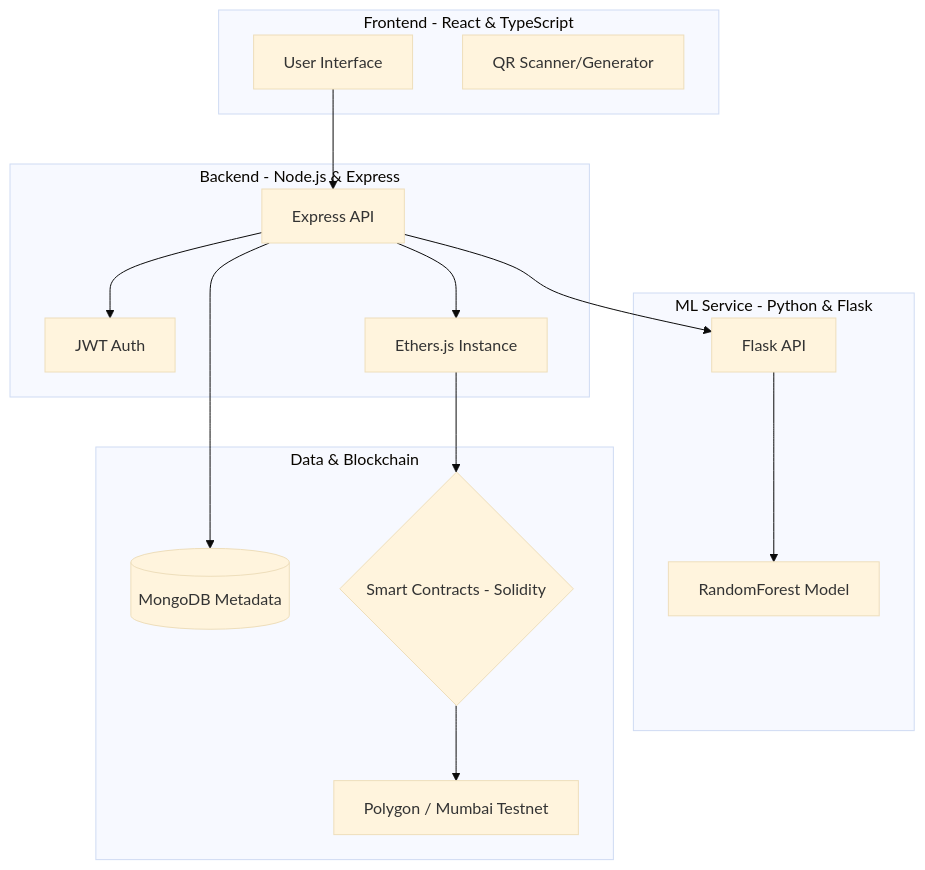
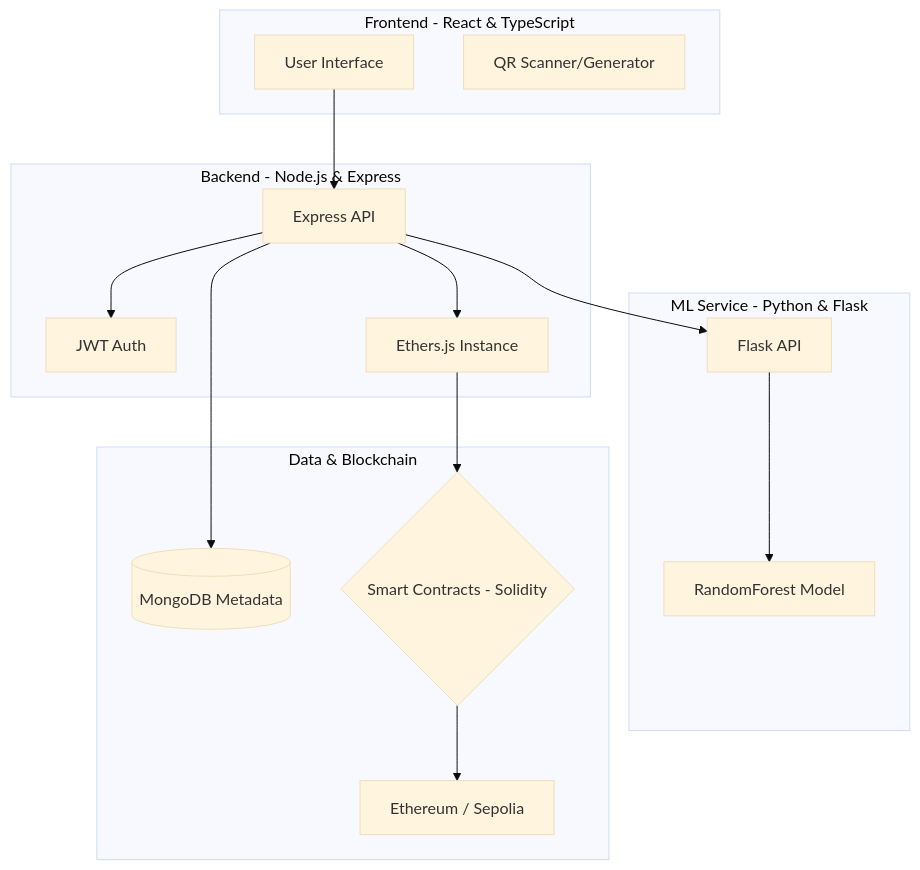
The first of 2 diagrams in README.md (Nitya-003/CropChain), drawn with Mermaid (base theme) before and after one commit. The commit also changed other lines of this file and 10 other files, not shown here.

````diff
--- a/README.md
+++ b/README.md
@@ -324,33 +327,33 @@
 ```mermaid
 graph TD
     subgraph Client_Layer [Frontend - React & TypeScript]
         UI[User Interface]
         QR[QR Scanner/Generator]
     end
 
     subgraph Logic_Layer [Backend - Node.js & Express]
         API[Express API]
         JWT[JWT Auth]
         ETH[Ethers.js Instance]
     end
 
     subgraph ML_Layer [ML Service - Python & Flask]
         MLAPI[Flask API]
         RF[RandomForest Model]
     end
 
     subgraph Storage_Layer [Data & Blockchain]
         DB[(MongoDB Metadata)]
         BC{Smart Contracts - Solidity}
-        Network[Polygon / Mumbai Testnet]
+        Network[Ethereum / Sepolia]
     end
 
     UI --> API
     API --> JWT
     API --> DB
     API --> ETH
     API --> MLAPI
     MLAPI --> RF
     ETH --> BC
     BC --> Network
 ```
````
